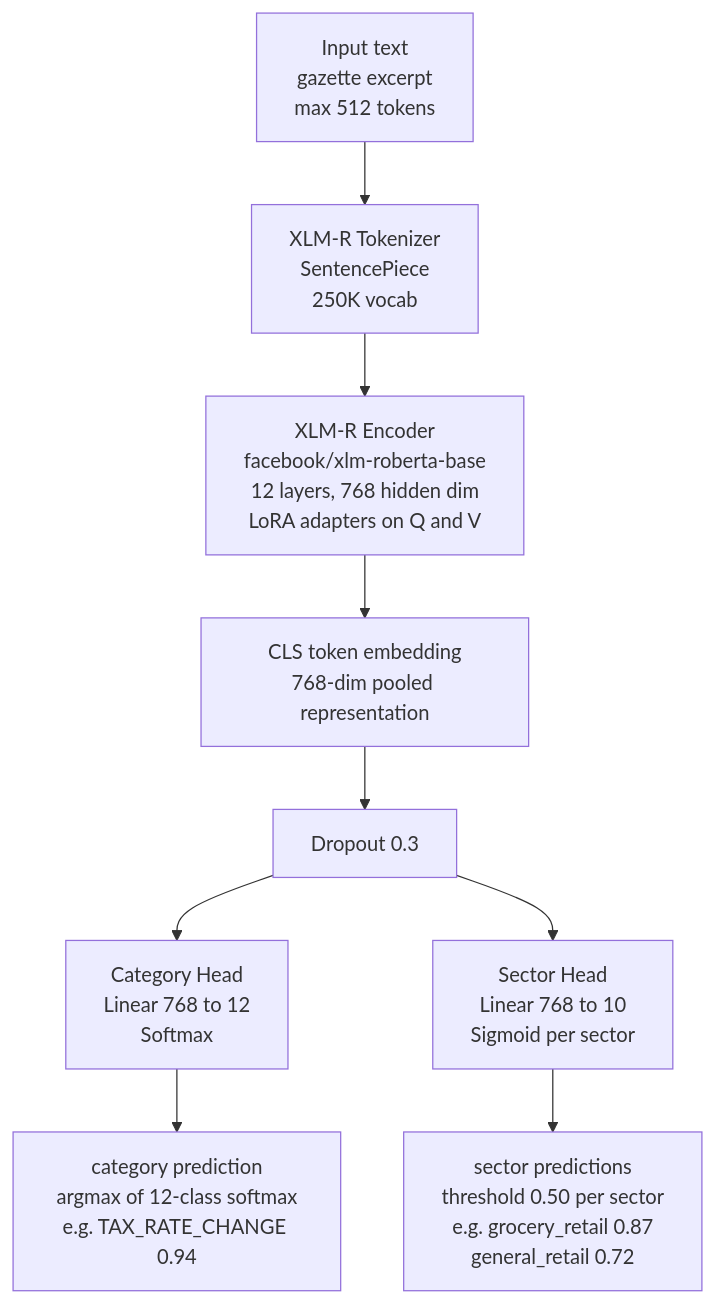
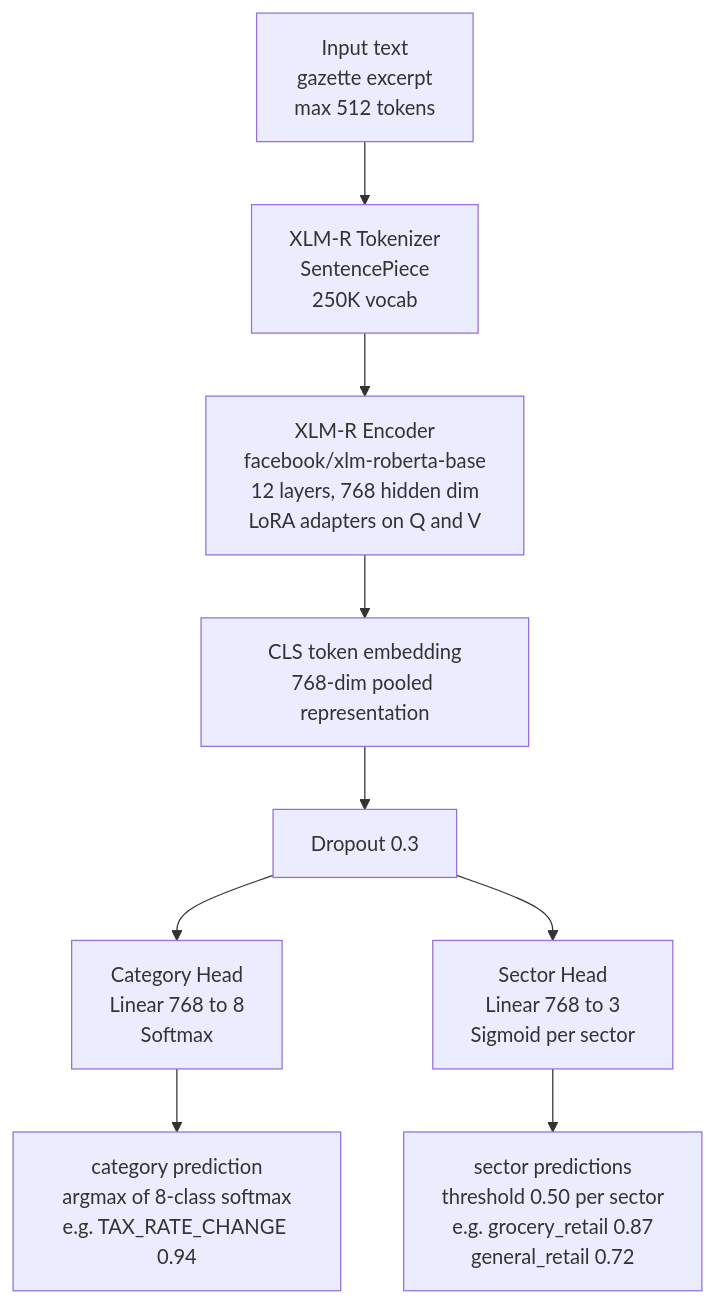
The second of 2 diagrams in 02-Research-Modules/1 Module-1-Awareness-Gap/05_M1_Model_Architecture.md (ifham-mohamed/obs-sme), drawn with Mermaid before and after one commit. The commit also changed other lines of this file and 16 other files, not shown here.

````diff
--- a/02-Research-Modules/1 Module-1-Awareness-Gap/05_M1_Model_Architecture.md
+++ b/02-Research-Modules/1 Module-1-Awareness-Gap/05_M1_Model_Architecture.md
@@ -247,11 +544,11 @@
 ```mermaid
 flowchart TD
-    A[Input text\ngazette excerpt\nmax 512 tokens] --> B[XLM-R Tokenizer\nSentencePiece\n250K vocab]
-    B --> C[XLM-R Encoder\nfacebook/xlm-roberta-base\n12 layers, 768 hidden dim\nLoRA adapters on Q and V]
-    C --> D[CLS token embedding\n768-dim pooled representation]
+    A[Input text<br/>gazette excerpt<br/>max 512 tokens] --> B[XLM-R Tokenizer<br/>SentencePiece<br/>250K vocab]
+    B --> C[XLM-R Encoder<br/>facebook/xlm-roberta-base<br/>12 layers, 768 hidden dim<br/>LoRA adapters on Q and V]
+    C --> D[CLS token embedding<br/>768-dim pooled representation]
     D --> E[Dropout 0.3]
-    E --> F[Category Head\nLinear 768 to 12\nSoftmax]
-    E --> G[Sector Head\nLinear 768 to 10\nSigmoid per sector]
-    F --> H[category prediction\nargmax of 12-class softmax\ne.g. TAX_RATE_CHANGE 0.94]
-    G --> I[sector predictions\nthreshold 0.50 per sector\ne.g. grocery_retail 0.87\ngeneral_retail 0.72]
+    E --> F[Category Head<br/>Linear 768 to 8<br/>Softmax]
+    E --> G[Sector Head<br/>Linear 768 to 3<br/>Sigmoid per sector]
+    F --> H[category prediction<br/>argmax of 8-class softmax<br/>e.g. TAX_RATE_CHANGE 0.94]
+    G --> I[sector predictions<br/>threshold 0.50 per sector<br/>e.g. grocery_retail 0.87<br/>general_retail 0.72]
 ```
````
